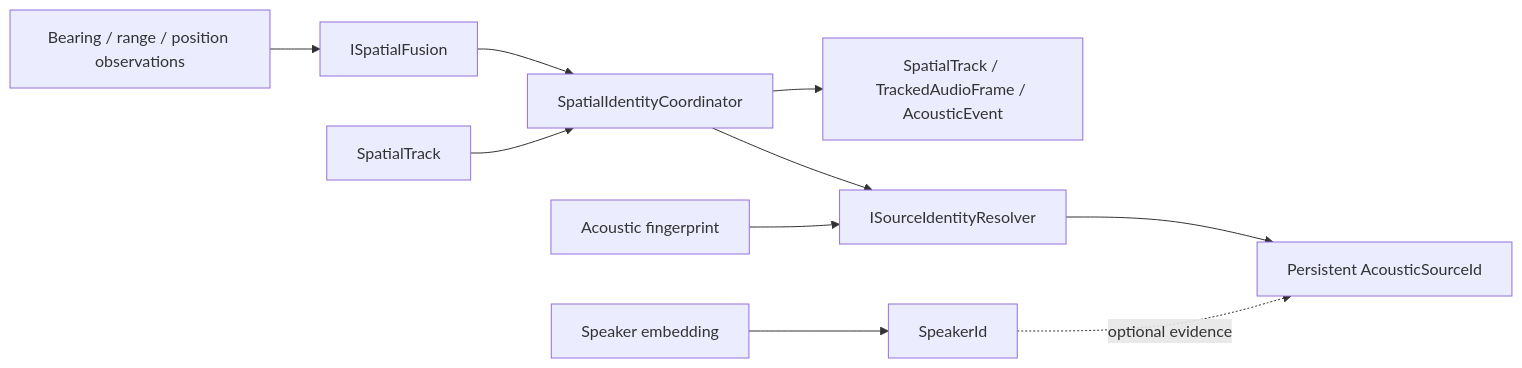
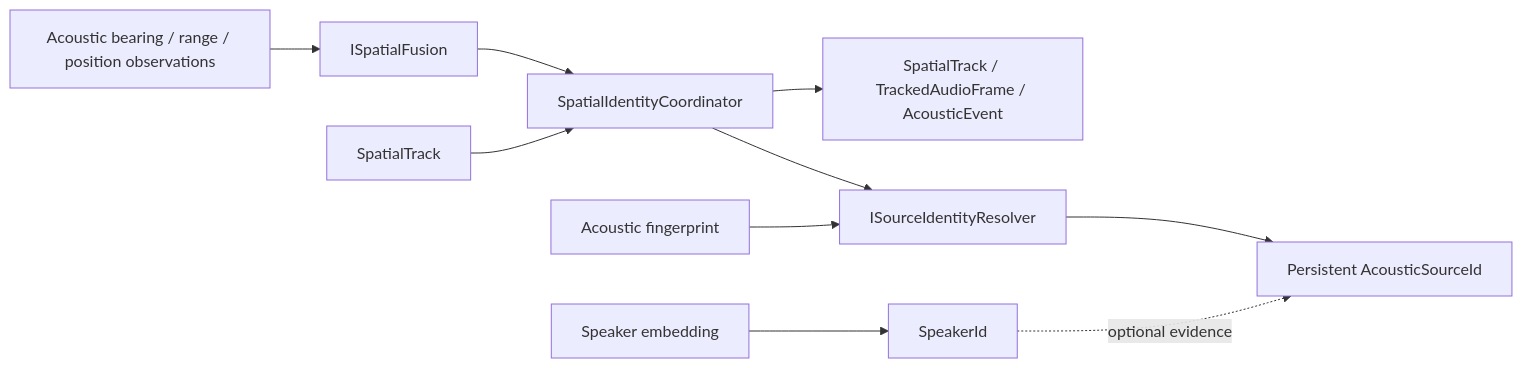
Before and after one commit to ARDev1161/libaudition: the diagram in docs/images/source_identity.mmd, drawn with Mermaid. The commit also changed 8 other files, not shown here.

```diff
--- a/docs/images/source_identity.mmd
+++ b/docs/images/source_identity.mmd
@@ -1,10 +1,10 @@
 flowchart LR
-    OBS[Bearing / range / position observations] --> FUSE[ISpatialFusion]
+    OBS[Acoustic bearing / range / position observations] --> FUSE[ISpatialFusion]
     FUSE --> COORD[SpatialIdentityCoordinator]
     TRACK[SpatialTrack] --> COORD
     COORD --> RESOLVE[ISourceIdentityResolver]
     FP[Acoustic fingerprint] --> RESOLVE
     RESOLVE --> SOURCE[Persistent AcousticSourceId]
     COORD --> OUT[SpatialTrack / TrackedAudioFrame / AcousticEvent]
     SPEECH[Speaker embedding] --> SPEAKER[SpeakerId]
     SPEAKER -. optional evidence .-> SOURCE
```
